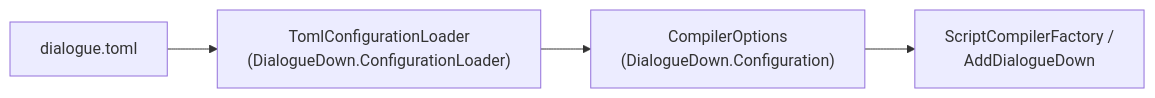
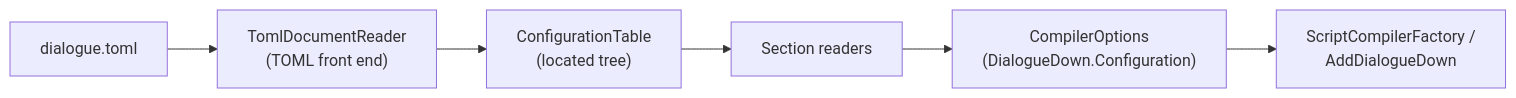
One commit to pengzhengyi/dialoguedown changed the first of 2 diagrams in docs/contributing/design-notes/configuration/Configuration Loader.md. Above: the diagram before and after it, drawn with Mermaid. The commit also changed other lines of this file and 33 other files, not shown here.

First line of the commit message:
fix(configuration): read every TOML spelling of a dialogue.toml setting (#612)

````diff
--- a/docs/contributing/design-notes/configuration/Configuration Loader.md
+++ b/docs/contributing/design-notes/configuration/Configuration Loader.md
@@ -21,6 +22,8 @@
 ```mermaid
 flowchart LR
-    T["dialogue.toml"] --> L["TomlConfigurationLoader<br/>(DialogueDown.ConfigurationLoader)"]
-    L --> O["CompilerOptions<br/>(DialogueDown.Configuration)"]
+    T["dialogue.toml"] --> F["TomlDocumentReader<br/>(TOML front end)"]
+    F --> D["ConfigurationTable<br/>(located tree)"]
+    D --> R["Section readers"]
+    R --> O["CompilerOptions<br/>(DialogueDown.Configuration)"]
     O --> C["ScriptCompilerFactory /<br/>AddDialogueDown"]
 ```
````
